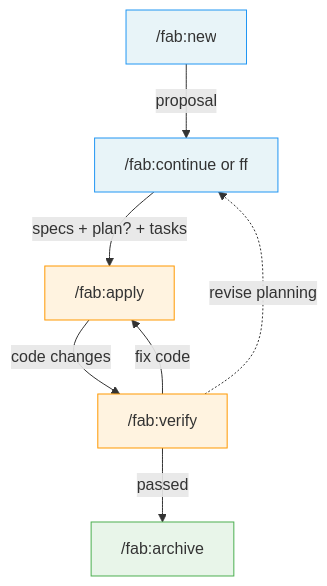
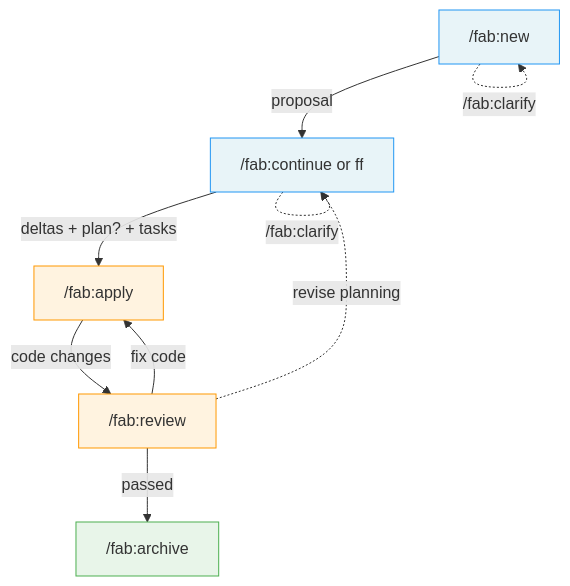
Before and after one commit to wvrdz/fab-kit: the second of 2 diagrams in doc/fab-spec/README.md, drawn with Mermaid. The commit also changed other lines of this file and 4 other files, not shown here.

First line of the commit message:
Rename verify→review, add clarify skill, refine fab spec conventions

````diff
--- a/doc/fab-spec/README.md
+++ b/doc/fab-spec/README.md
@@ -77,21 +77,23 @@
 ```mermaid
 flowchart TD
     NEW["/fab:new"]
     PLAN["/fab:continue or ff"]
     APPLY["/fab:apply"]
-    VERIFY["/fab:verify"]
+    REVIEW["/fab:review"]
     ARCHIVE["/fab:archive"]
 
     NEW -->|proposal| PLAN
-    PLAN -->|specs + plan? + tasks| APPLY
-    APPLY -->|code changes| VERIFY
-    VERIFY -->|passed| ARCHIVE
-    VERIFY -->|fix code| APPLY
-    VERIFY -.->|revise planning| PLAN
+    PLAN -->|deltas + plan? + tasks| APPLY
+    APPLY -->|code changes| REVIEW
+    REVIEW -->|passed| ARCHIVE
+    REVIEW -->|fix code| APPLY
+    REVIEW -.->|revise planning| PLAN
+    NEW -.->|"/fab:clarify"| NEW
+    PLAN -.->|"/fab:clarify"| PLAN
 
     style NEW fill:#e8f4f8,stroke:#2196F3
     style PLAN fill:#e8f4f8,stroke:#2196F3
     style APPLY fill:#fff3e0,stroke:#FF9800
-    style VERIFY fill:#fff3e0,stroke:#FF9800
+    style REVIEW fill:#fff3e0,stroke:#FF9800
     style ARCHIVE fill:#e8f5e9,stroke:#4CAF50
 ```
````
